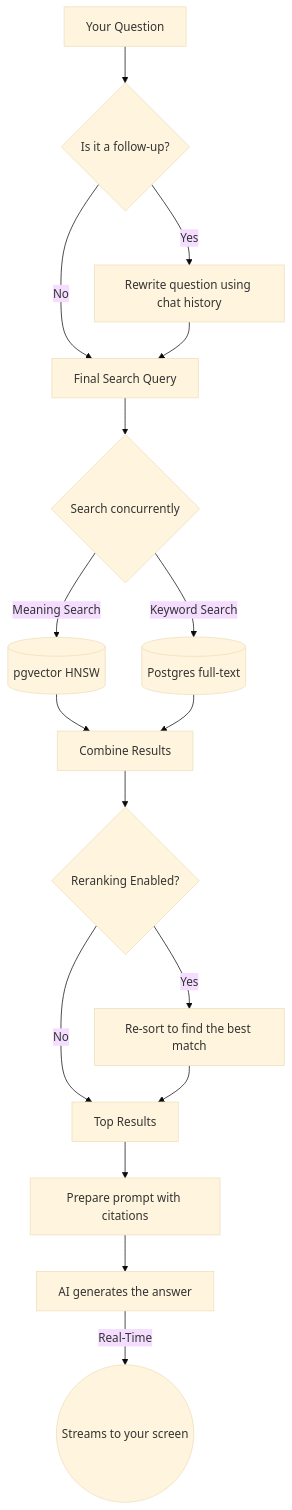
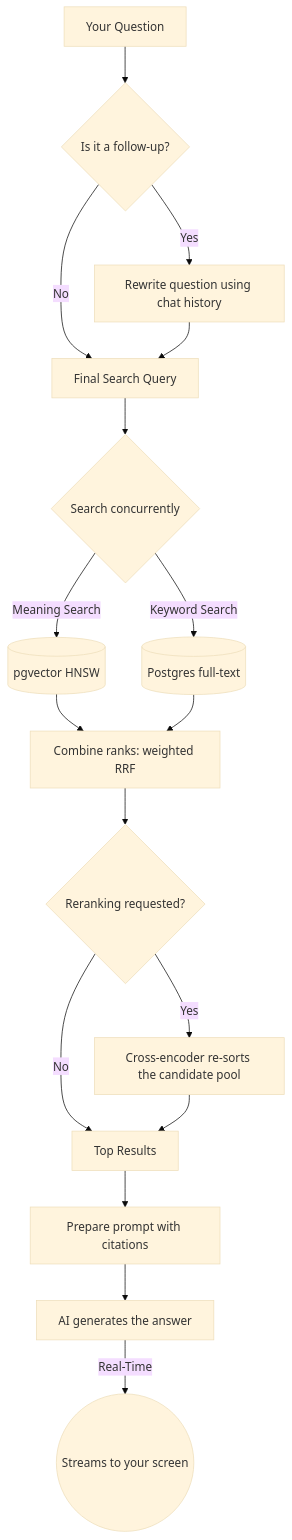
The third of 4 diagrams in README.md (rudrabaru/nexus-rag), drawn with Mermaid (base theme) before and after one commit. The commit also changed other lines of this file and 35 other files, not shown here.

````diff
--- a/README.md
+++ b/README.md
@@ -197,29 +200,29 @@
 ```mermaid
 graph TD
     A[Your Question] --> B{Is it a follow-up?}
     
     %% Rewriting
     B -->|Yes| C[Rewrite question using chat history]
     B -->|No| D[Final Search Query]
     C --> D
     
     %% Hybrid Retrieval
     D --> E{Search concurrently}
     E -->|Meaning Search| F[(pgvector HNSW)]
     E -->|Keyword Search| G[(Postgres full-text)]
     
-    F --> H[Combine Results]
+    F --> H[Combine ranks: weighted RRF]
     G --> H
     
     %% Refinement
-    H --> I{Reranking Enabled?}
-    I -->|Yes| J[Re-sort to find the best match]
+    H --> I{Reranking requested?}
+    I -->|Yes| J[Cross-encoder re-sorts the candidate pool]
     I -->|No| K[Top Results]
     J --> K
     
     %% Generation
     K --> L[Prepare prompt with citations]
     L --> M[AI generates the answer]
     
     M -->|Real-Time| N((Streams to your screen))
 ```
````
